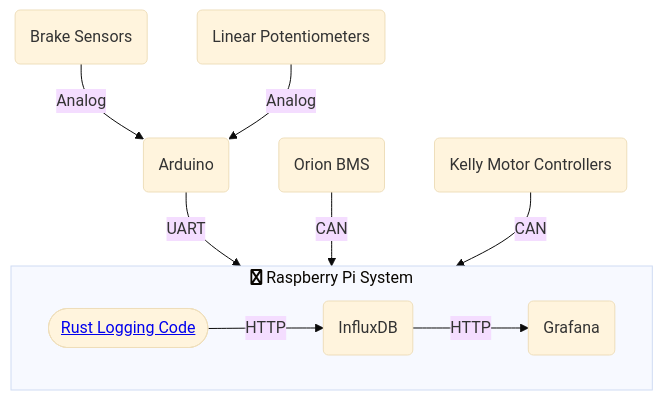
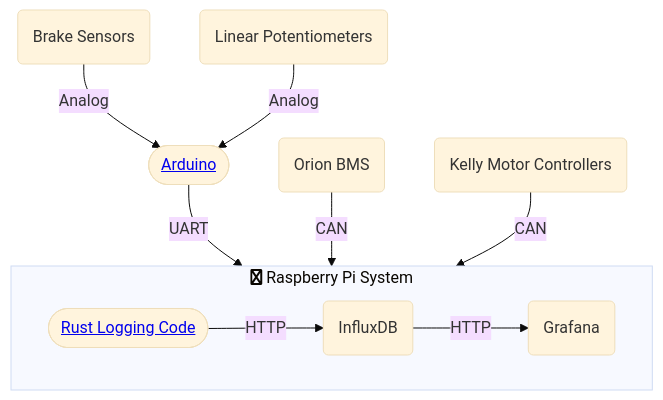
Before and after one commit to Anteater-Electric-Racing/embedded: the diagram in README.md, drawn with Mermaid (base theme).

Commit message:
add arduino link

````diff
--- a/README.md
+++ b/README.md
@@ -1,12 +1,12 @@
 ```mermaid
 flowchart TD
-    B(Brake Sensors) -->|Analog| A(Arduino)
-    L(Linear Potentiometers) -->|Analog| A(Arduino)
-    A(Arduino) -->|UART| Pi[fa:fa-raspberry-pi Raspberry Pi System]
+    B(Brake Sensors) -->|Analog| A(["<a href='https://github.com/AlistairKeiller/FSAE/tree/master/fsae-arduino' target='_blank'>Arduino</a>"])
+    L(Linear Potentiometers) -->|Analog| A(["<a href='https://github.com/AlistairKeiller/FSAE/tree/master/fsae-arduino' target='_blank'>Arduino</a>"])
+    A(["<a href='https://github.com/AlistairKeiller/FSAE/tree/master/fsae-arduino' target='_blank'>Arduino</a>"]) -->|UART| Pi[fa:fa-raspberry-pi Raspberry Pi System]
     O(Orion BMS) -->|CAN| Pi[fa:fa-raspberry-pi Raspberry Pi System]
     K(Kelly Motor Controllers) -->|CAN| Pi[fa:fa-raspberry-pi Raspberry Pi System]
     subgraph Pi[fa:fa-raspberry-pi Raspberry Pi System]
-        R(["<a href='https://github.com/AlistairKeiller/FSAE/tree/master/FSAE-raspi' target='_blank'>Rust Logging Code</a>"]) -->|HTTP| I(InfluxDB)
+        R(["<a href='https://github.com/AlistairKeiller/FSAE/tree/master/fsae-raspi' target='_blank'>Rust Logging Code</a>"]) -->|HTTP| I(InfluxDB)
         I(InfluxDB) -->|HTTP| G(Grafana)
     end
 ```
````
